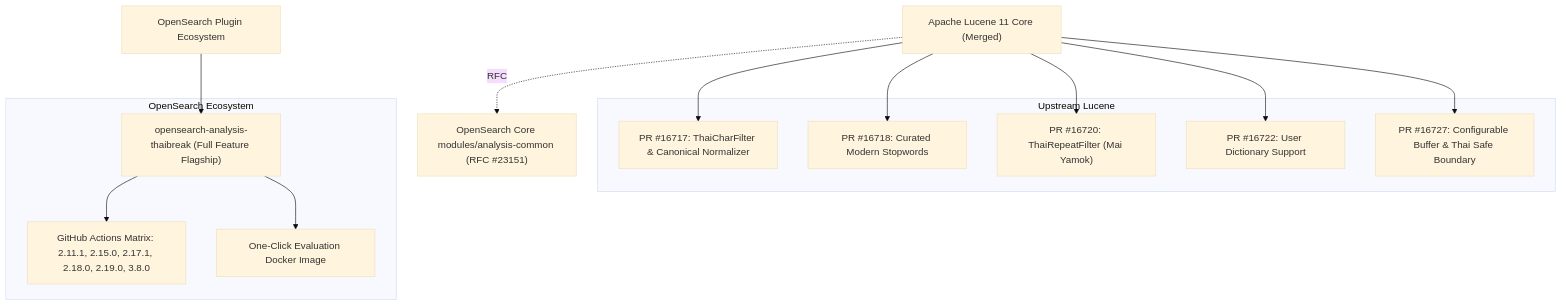
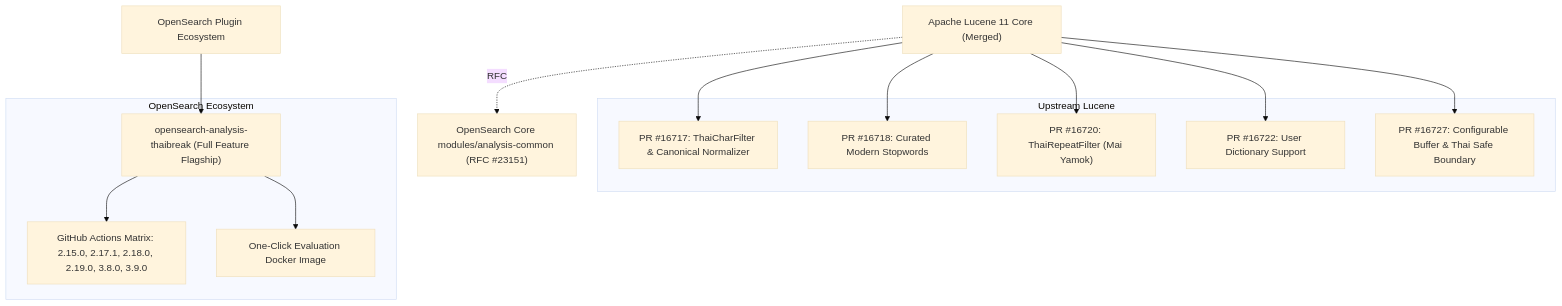
One commit to kamthorn/opensearch-analysis-thaibreak changed the third of 3 diagrams in docs/THAI_SEARCH_WHITEPAPER.md. Above: the diagram before and after it, drawn with Mermaid (base theme). The commit also changed 6 other files, not shown here.

````diff
--- a/docs/THAI_SEARCH_WHITEPAPER.md
+++ b/docs/THAI_SEARCH_WHITEPAPER.md
@@ -102,24 +102,24 @@
 ```mermaid
 graph TD
     Upstream["Apache Lucene 11 Core (Merged)"]
     OpenSearchCore["OpenSearch Core modules/analysis-common (RFC #23151)"]
     OpenSearch["OpenSearch Plugin Ecosystem"]
     
     subgraph Upstream Lucene
         PR1["PR #16717: ThaiCharFilter & Canonical Normalizer"]
         PR2["PR #16718: Curated Modern Stopwords"]
         PR3["PR #16720: ThaiRepeatFilter (Mai Yamok)"]
         PR4["PR #16722: User Dictionary Support"]
         PR5["PR #16727: Configurable Buffer & Thai Safe Boundary"]
     end
 
     subgraph OpenSearch Ecosystem
         Plugin["opensearch-analysis-thaibreak (Full Feature Flagship)"]
-        Matrix["GitHub Actions Matrix: 2.11.1, 2.15.0, 2.17.1, 2.18.0, 2.19.0, 3.8.0"]
+        Matrix["GitHub Actions Matrix: 2.15.0, 2.17.1, 2.18.0, 2.19.0, 3.8.0, 3.9.0"]
         DockerImg["One-Click Evaluation Docker Image"]
     end
     
     Upstream --> PR1 & PR2 & PR3 & PR4 & PR5
     Upstream -.->|RFC| OpenSearchCore
     OpenSearch --> Plugin --> Matrix & DockerImg
 ```
````
